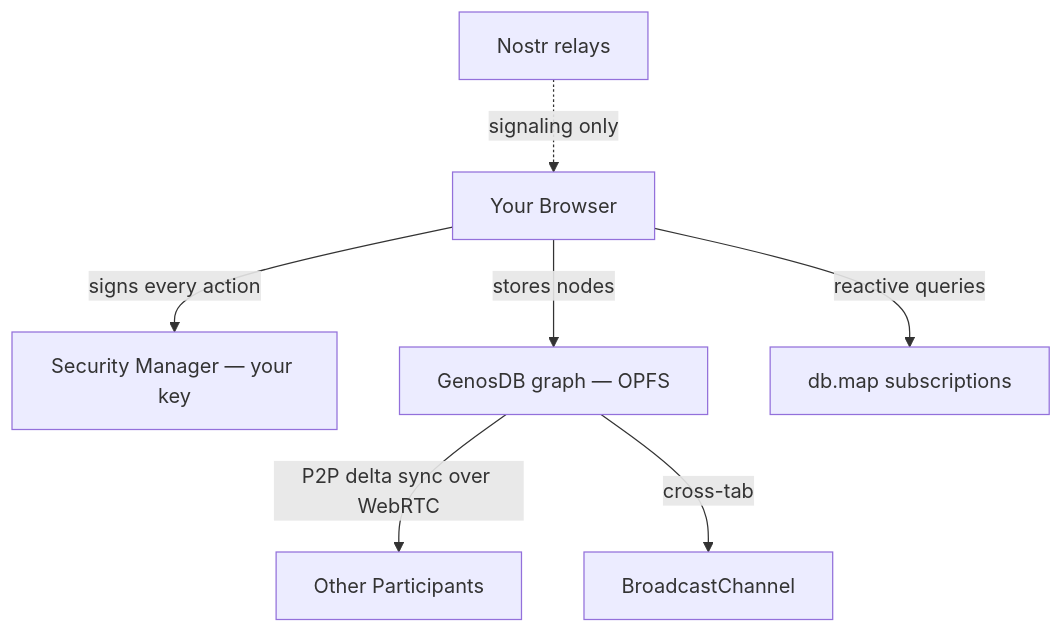
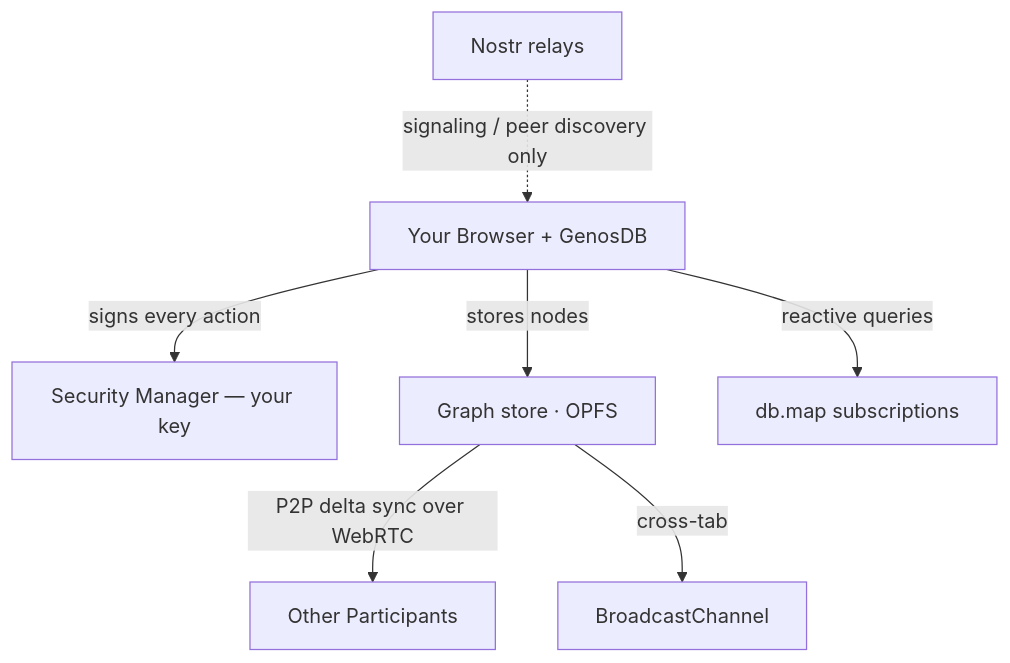
One commit to theEndless11/decentralised changed the diagram in README.md. Above: the diagram before and after it, drawn with Mermaid. The commit also changed other lines of this file and 2 other files, not shown here.

Commit message:
docs: fix architecture diagram + align GenosDB claims with official docs
- README mermaid: show GenosDB as the hub (Security Manager, graph/OPFS, db.map
  and GenosRTC are its modules) instead of siblings of the browser.
- Bundler note (README, AGENTS.md, WHY-GENOSDB.md): describe the actual approach —
  GenosDB is served intact from a single folder via the genosdb-static plugin —
  not the stale optimizeDeps.exclude:['genosdb'] guidance.
- Cellular mesh: per the official genosrtc-cells docs it's 'Cells', cutting peer
  connections by orders of magnitude (~100x-1000x) vs a full mesh — corrected the
  inaccurate strict O(N^2)->O(N) claim in README, AGENTS.md and WHY-GENOSDB.md.

````diff
--- a/README.md
+++ b/README.md
@@ -78,9 +78,9 @@
 ```mermaid
 graph TD
-    A[Your Browser] -->|signs every action| B[Security Manager — your key]
-    A -->|stores nodes| C[GenosDB graph — OPFS]
+    A[Your Browser + GenosDB] -->|signs every action| B[Security Manager — your key]
+    A -->|stores nodes| C[Graph store · OPFS]
     A -->|reactive queries| D[db.map subscriptions]
     C -->|P2P delta sync over WebRTC| E[Other Participants]
     C -->|cross-tab| F[BroadcastChannel]
-    G[Nostr relays] -. signaling only .-> A
+    G[Nostr relays] -. signaling / peer discovery only .-> A
 ```
````
